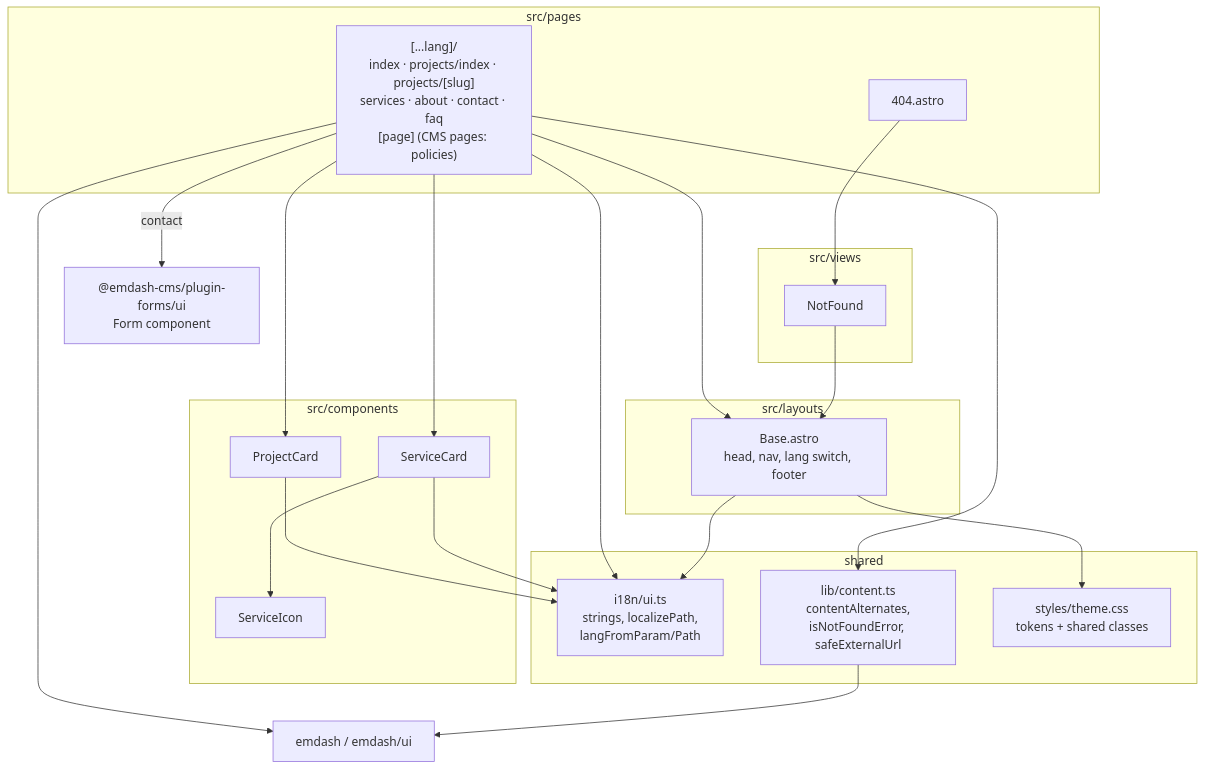
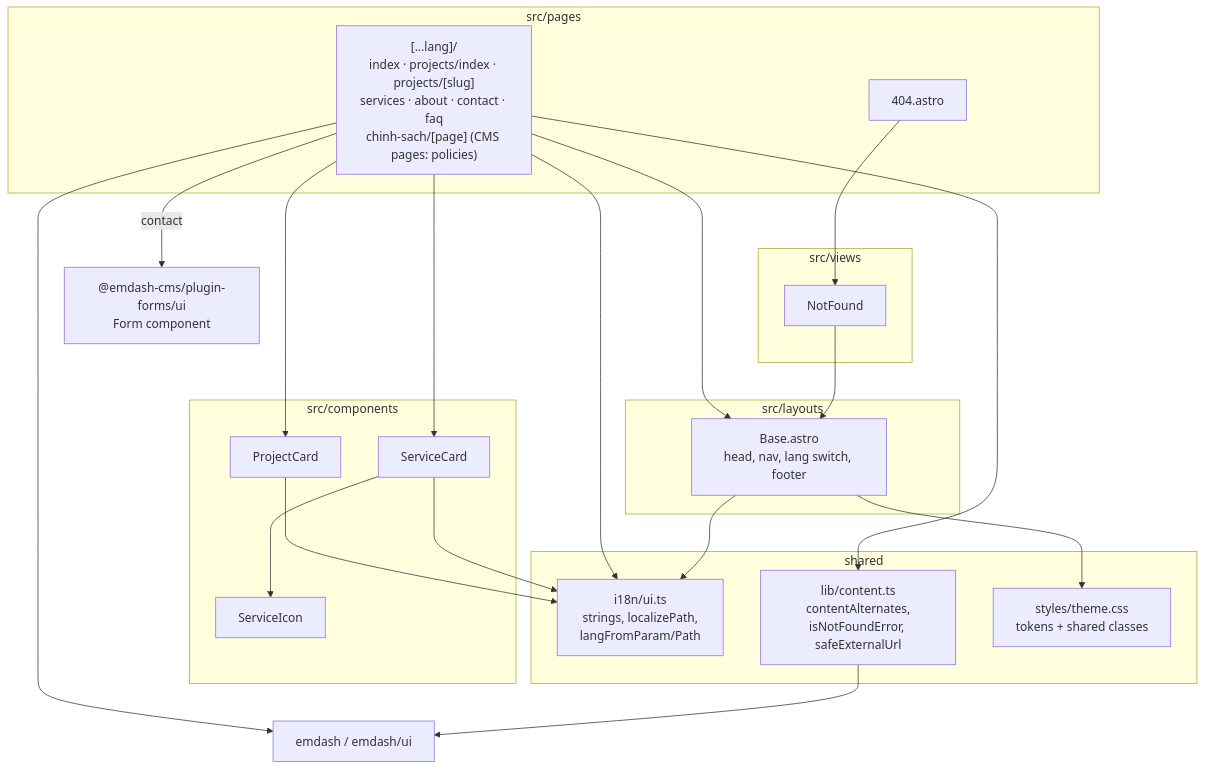
Before and after one commit to TanNgo11/ctstack: the third of 6 diagrams in docs/architecture.md, drawn with Mermaid. The commit also changed other lines of this file and 16 other files, not shown here.

````diff
--- a/docs/architecture.md
+++ b/docs/architecture.md
@@ -70,40 +70,40 @@
 ```mermaid
 flowchart TB
     subgraph pages["src/pages"]
-        LANG["[...lang]/<br/>index · projects/index · projects/[slug]<br/>services · about · contact · faq<br/>[page] (CMS pages: policies)"]
+        LANG["[...lang]/<br/>index · projects/index · projects/[slug]<br/>services · about · contact · faq<br/>chinh-sach/[page] (CMS pages: policies)"]
         NF["404.astro"]
     end
     subgraph layout["src/layouts"]
         BASE["Base.astro<br/>head, nav, lang switch, footer"]
     end
     subgraph comps["src/components"]
         PC["ProjectCard"]
         SC["ServiceCard"]
         SI["ServiceIcon"]
     end
     subgraph views["src/views"]
         NFV["NotFound"]
     end
     subgraph lib["shared"]
         I18N["i18n/ui.ts<br/>strings, localizePath,<br/>langFromParam/Path"]
         CONT["lib/content.ts<br/>contentAlternates,<br/>isNotFoundError, safeExternalUrl"]
         THEME["styles/theme.css<br/>tokens + shared classes"]
     end
     EMD["emdash / emdash/ui"]
     FORMS["@emdash-cms/plugin-forms/ui<br/>Form component"]
 
     LANG --> BASE
     LANG --> PC
     LANG --> SC
     LANG --> I18N
     LANG --> CONT
     LANG --> EMD
     LANG -- contact --> FORMS
     NF --> NFV --> BASE
     SC --> SI
     BASE --> I18N
     BASE --> THEME
     PC --> I18N
     SC --> I18N
     CONT --> EMD
 ```
````
